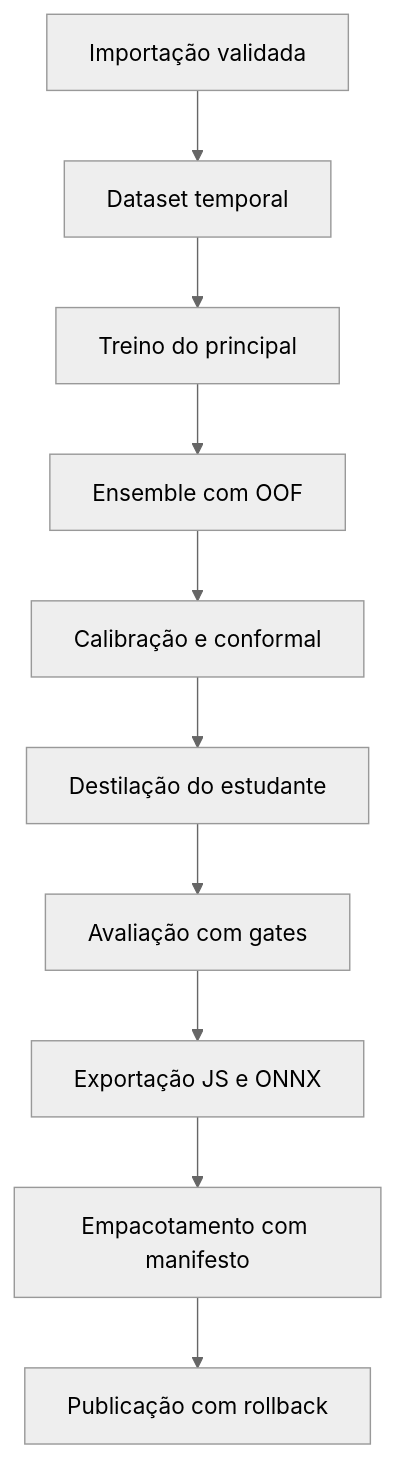
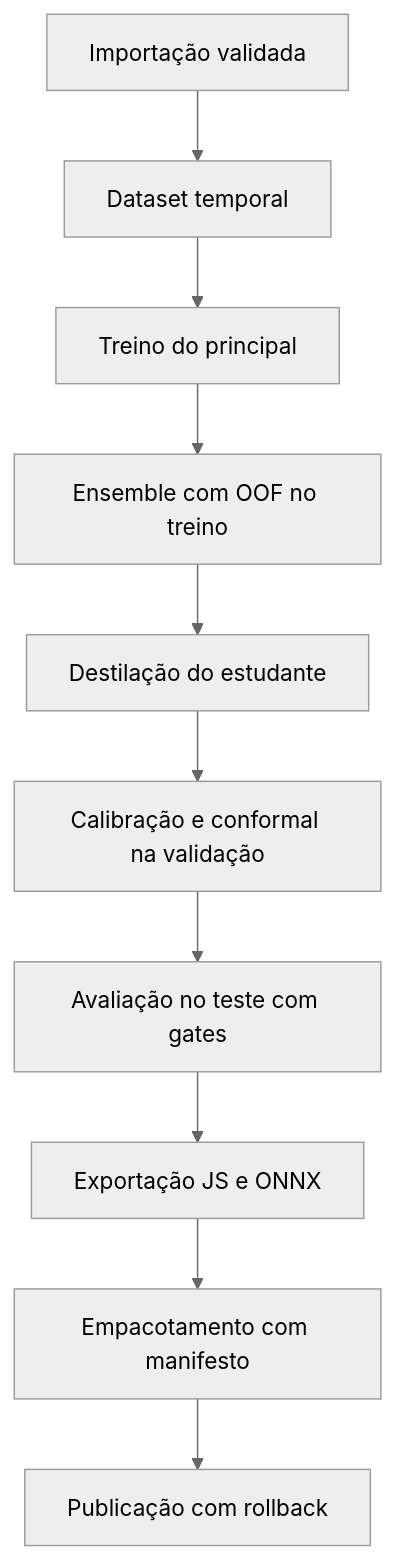
The diagram in docs/mlops.md (eemtijca/frequencia), drawn with Mermaid (neutral theme) before and after one commit. The commit also changed other lines of this file and 59 other files, not shown here.

````diff
--- a/docs/mlops.md
+++ b/docs/mlops.md
@@ -7,12 +7,12 @@
 ```mermaid
 flowchart TD
   A[Importação validada] --> B[Dataset temporal]
   B --> C[Treino do principal]
-  C --> D[Ensemble com OOF]
-  D --> E[Calibração e conformal]
-  E --> F[Destilação do estudante]
-  F --> G[Avaliação com gates]
+  C --> D[Ensemble com OOF no treino]
+  D --> E[Destilação do estudante]
+  E --> F[Calibração e conformal na validação]
+  F --> G[Avaliação no teste com gates]
   G --> H[Exportação JS e ONNX]
   H --> I[Empacotamento com manifesto]
   I --> J[Publicação com rollback]
 ```
````
